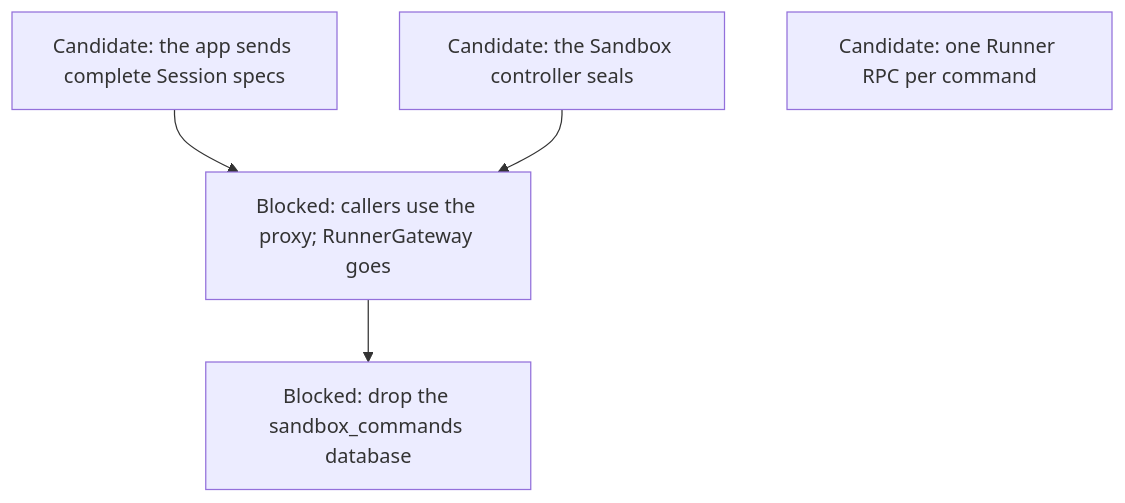
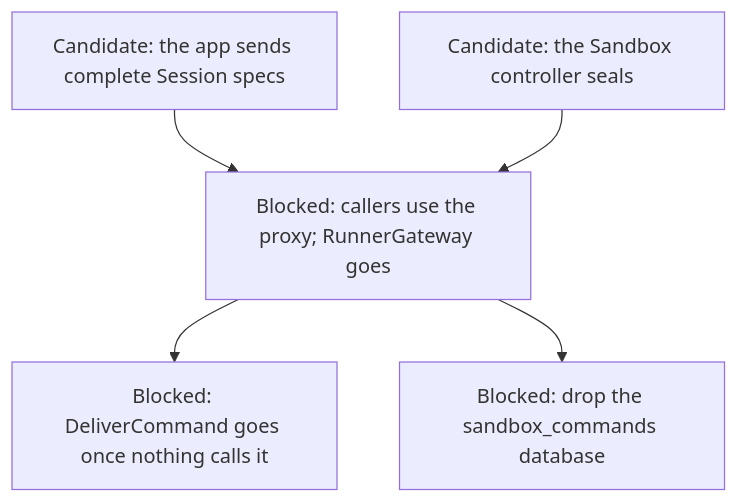
One commit to agentydragon-agent/ducktape changed diagram 14 of 14 in agentplane/plans/task_dag.md. Above: the diagram before and after it, drawn with Mermaid. The commit also changed other lines of this file, not shown here.

First line of the commit message:
agentplane: task DAG: per-command Runner RPCs landed, Dispatcher core unblocked, resume notice added (#10399)

````diff
--- a/agentplane/plans/task_dag.md
+++ b/agentplane/plans/task_dag.md
@@ -1324,11 +1347,12 @@
 ```mermaid
 flowchart TD
     APP_SESSION_DEFAULTS[Candidate: the app sends complete Session specs]
     CONTROLLER_SEALS[Candidate: the Sandbox controller seals]
-    RUNNER_COMMAND_RPCS[Candidate: one Runner RPC per command]
+    RUNNER_COMMAND_RPCS[Blocked: DeliverCommand goes once nothing calls it]
+    GATEWAY_WRAPPER_RETIRE --> RUNNER_COMMAND_RPCS
     GATEWAY_WRAPPER_RETIRE[Blocked: callers use the proxy; RunnerGateway goes]
     GATEWAY_DATABASE_DROP[Blocked: drop the sandbox_commands database]
     APP_SESSION_DEFAULTS --> GATEWAY_WRAPPER_RETIRE
     CONTROLLER_SEALS --> GATEWAY_WRAPPER_RETIRE
     GATEWAY_WRAPPER_RETIRE --> GATEWAY_DATABASE_DROP
 ```
````
